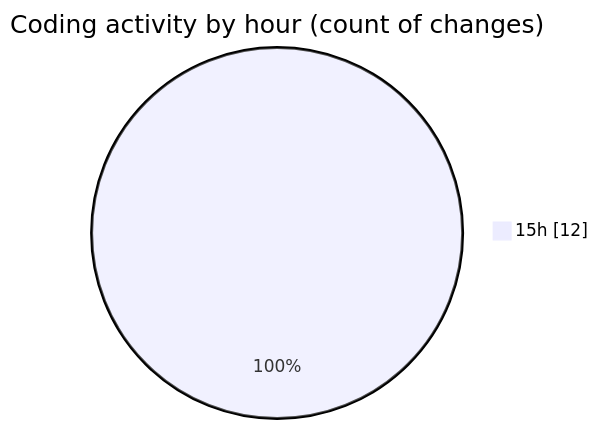
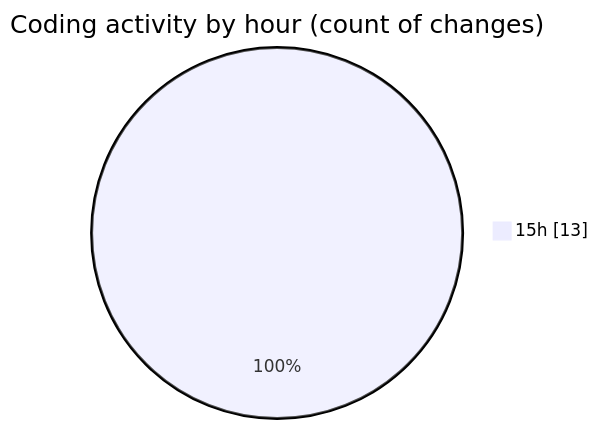
Before and after one commit to EIIisD/code-tracking: the second of 2 diagrams in 2025-07-17/ribbon/README.md, drawn with Mermaid. The commit also changed other lines of this file and 1 other file, not shown here.

````diff
--- a/2025-07-17/ribbon/README.md
+++ b/2025-07-17/ribbon/README.md
@@ -38,5 +39,5 @@
 ```mermaid
 pie showData
 title Coding activity by hour (count of changes)
-"15h" : 12
+"15h" : 13
 ```
````
